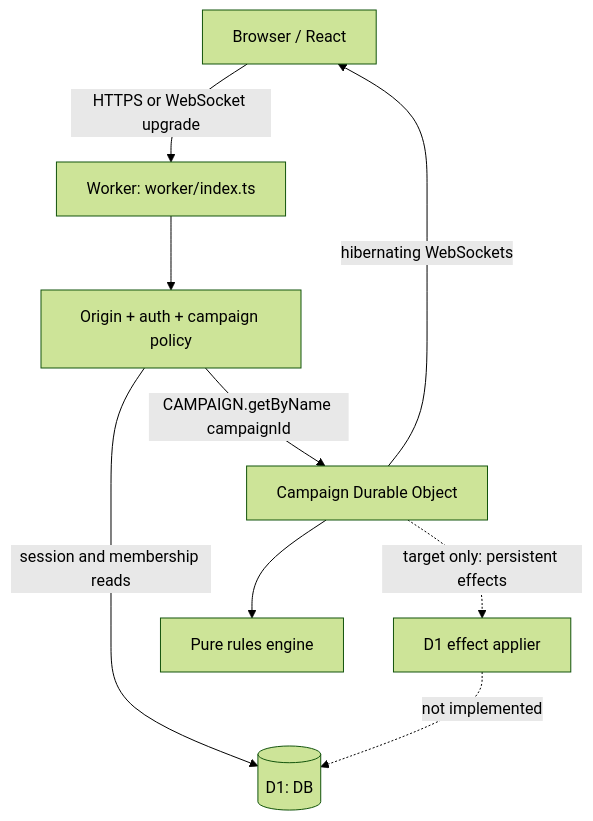
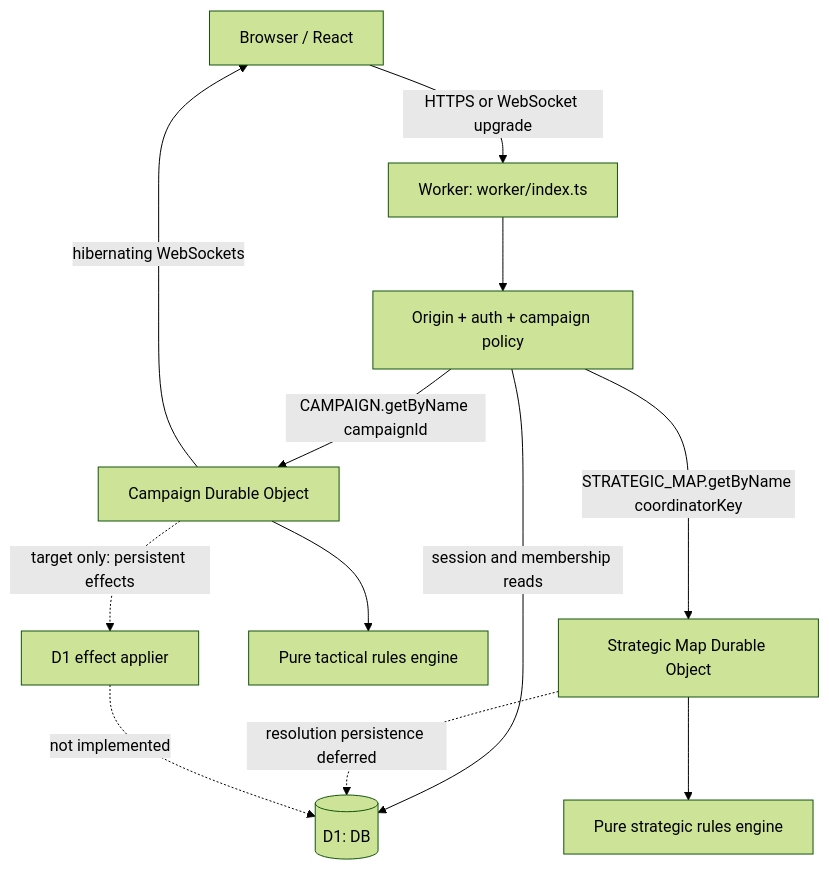
One commit to jbwod/Corinths-Plight changed the diagram in docs/CLOUDFLARE.md. Above: the diagram before and after it, drawn with Mermaid (forest theme). The commit also changed other lines of this file and 42 other files, not shown here.

````diff
--- a/docs/CLOUDFLARE.md
+++ b/docs/CLOUDFLARE.md
@@ -19,11 +19,14 @@
 ```mermaid
 flowchart TD
     Client["Browser / React"] -->|HTTPS or WebSocket upgrade| Entry["Worker: worker/index.ts"]
     Entry --> Policy["Origin + auth + campaign policy"]
     Policy -->|session and membership reads| DB[("D1: DB")]
     Policy -->|CAMPAIGN.getByName campaignId| DO["Campaign Durable Object"]
-    DO --> Engine["Pure rules engine"]
+    Policy -->|STRATEGIC_MAP.getByName coordinatorKey| SDO["Strategic Map Durable Object"]
+    DO --> Engine["Pure tactical rules engine"]
+    SDO --> StrategicEngine["Pure strategic rules engine"]
     DO -->|hibernating WebSockets| Client
     DO -. "target only: persistent effects" .-> Applier["D1 effect applier"]
+    SDO -. "resolution persistence deferred" .-> DB
     Applier -. "not implemented" .-> DB
 ```
````
